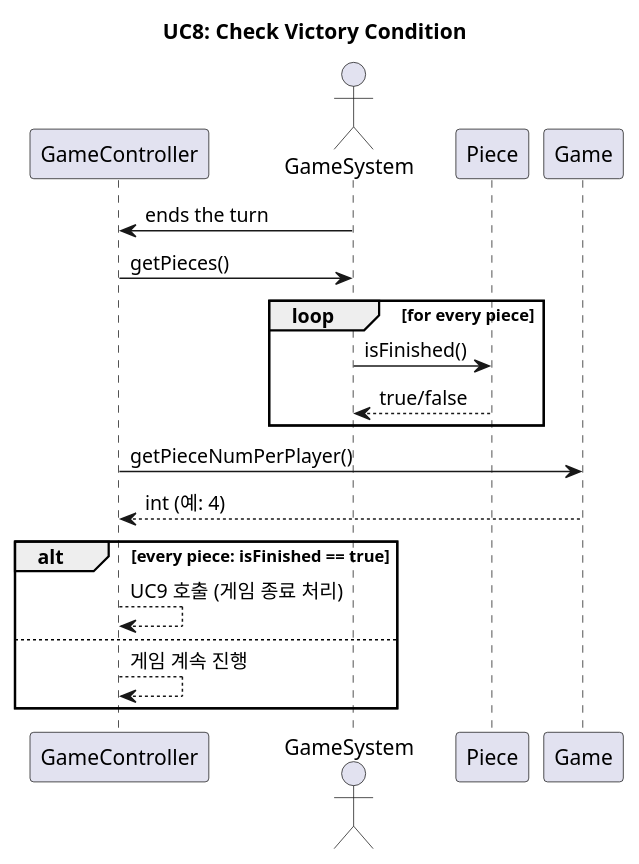
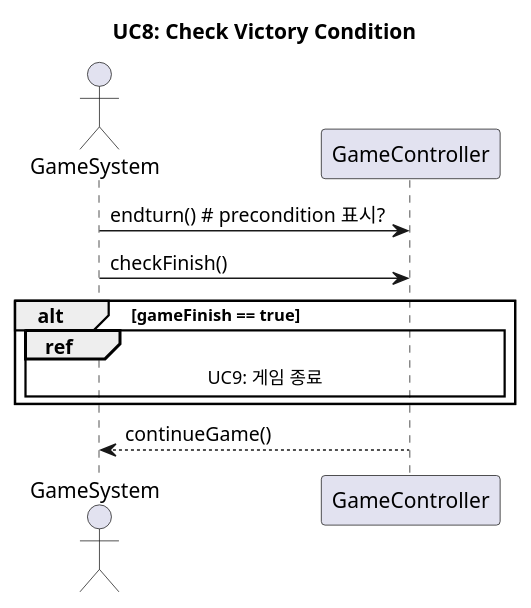
The diagram in UC8.puml (jack0928/SE-Term-Project-2025), drawn with PlantUML before and after one commit. The commit also changed 4 other files, not shown here.

```diff
--- a/UC8.puml
+++ b/UC8.puml
@@ -1,27 +1,18 @@
 @startuml
 
 title UC8: Check Victory Condition
 
 actor GameSystem
 participant GameController
-participant GameSystem
-participant Piece
-participant Game
 
-GameSystem -> GameController : ends the turn
 
-GameController -> GameSystem : getPieces()
-loop for every piece
-    GameSystem -> Piece : isFinished()
-    Piece --> GameSystem : true/false
+GameSystem -> GameController : endturn() # precondition 표시?
+GameSystem -> GameController : checkFinish()
+
+alt gameFinish == true
+    ref over GameController, GameSystem
+    	UC9: 게임 종료
+    end ref
 end
-
-GameController -> Game : getPieceNumPerPlayer()
-Game --> GameController : int (예: 4)
-
-alt every piece: isFinished == true
-    GameController --> GameController : UC9 호출 (게임 종료 처리)
-else
-    GameController --> GameController : 게임 계속 진행
-end
+GameController --> GameSystem : continueGame()
 @enduml
```
